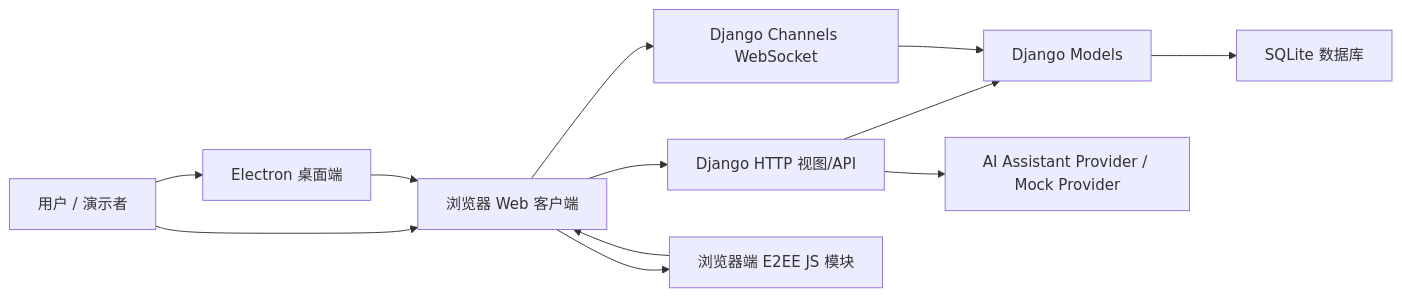
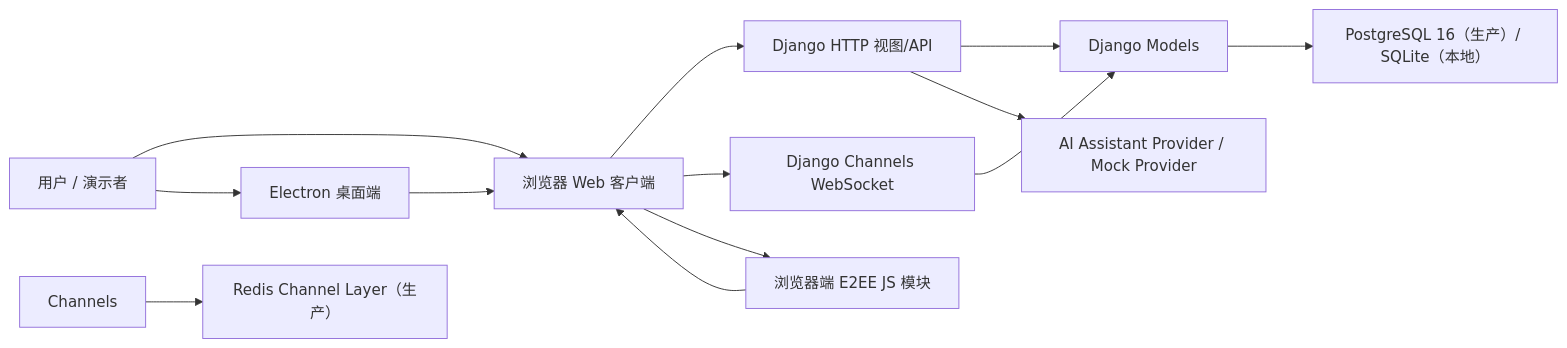
Before and after one commit to HeanX/iChat_Pro: the diagram in docs/iChat Pro 系统性介绍文档.md, drawn with Mermaid. The commit also changed other lines of this file and 57 other files, not shown here.

````diff
--- a/docs/iChat Pro 系统性介绍文档.md
+++ b/docs/iChat Pro 系统性介绍文档.md
@@ -21,14 +28,15 @@
 ```mermaid
 flowchart LR
     User["用户 / 演示者"] --> Browser["浏览器 Web 客户端"]
     User --> Electron["Electron 桌面端"]
     Electron --> Browser
     Browser --> Django["Django HTTP 视图/API"]
     Browser --> WS["Django Channels WebSocket"]
     Django --> Models["Django Models"]
     WS --> Models
-    Models --> SQLite["SQLite 数据库"]
+    Models --> PostgreSQL["PostgreSQL 16（生产）/ SQLite（本地）"]
+    Channels --> Redis["Redis Channel Layer（生产）"]
     Browser --> Crypto["浏览器端 E2EE JS 模块"]
     Crypto --> Browser
     Django --> AI["AI Assistant Provider / Mock Provider"]
 ```
````
